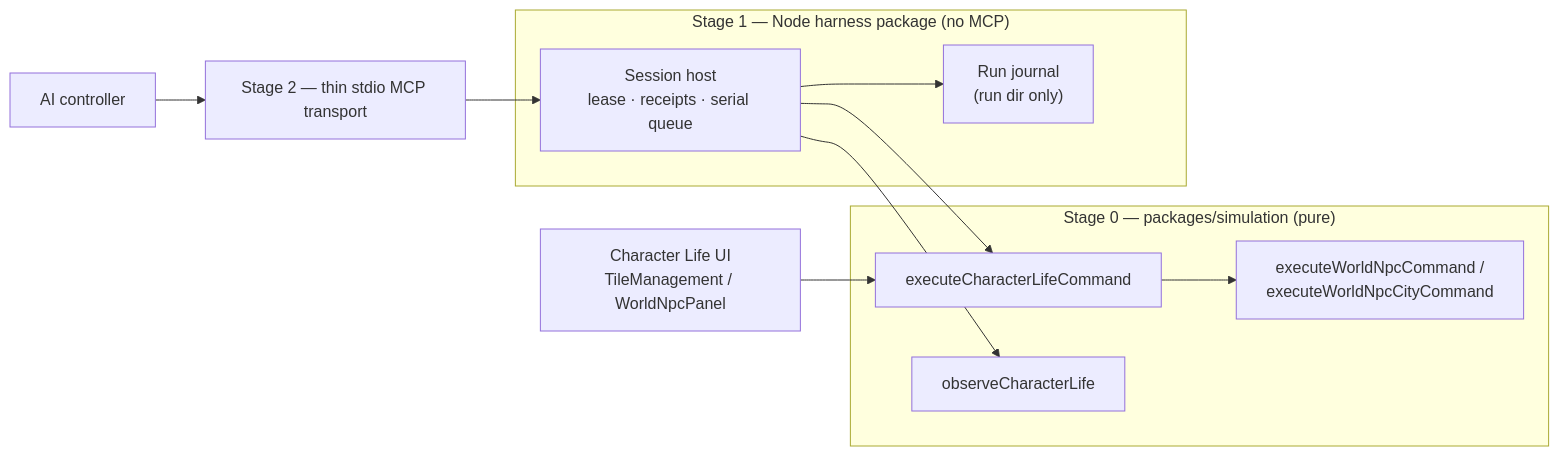
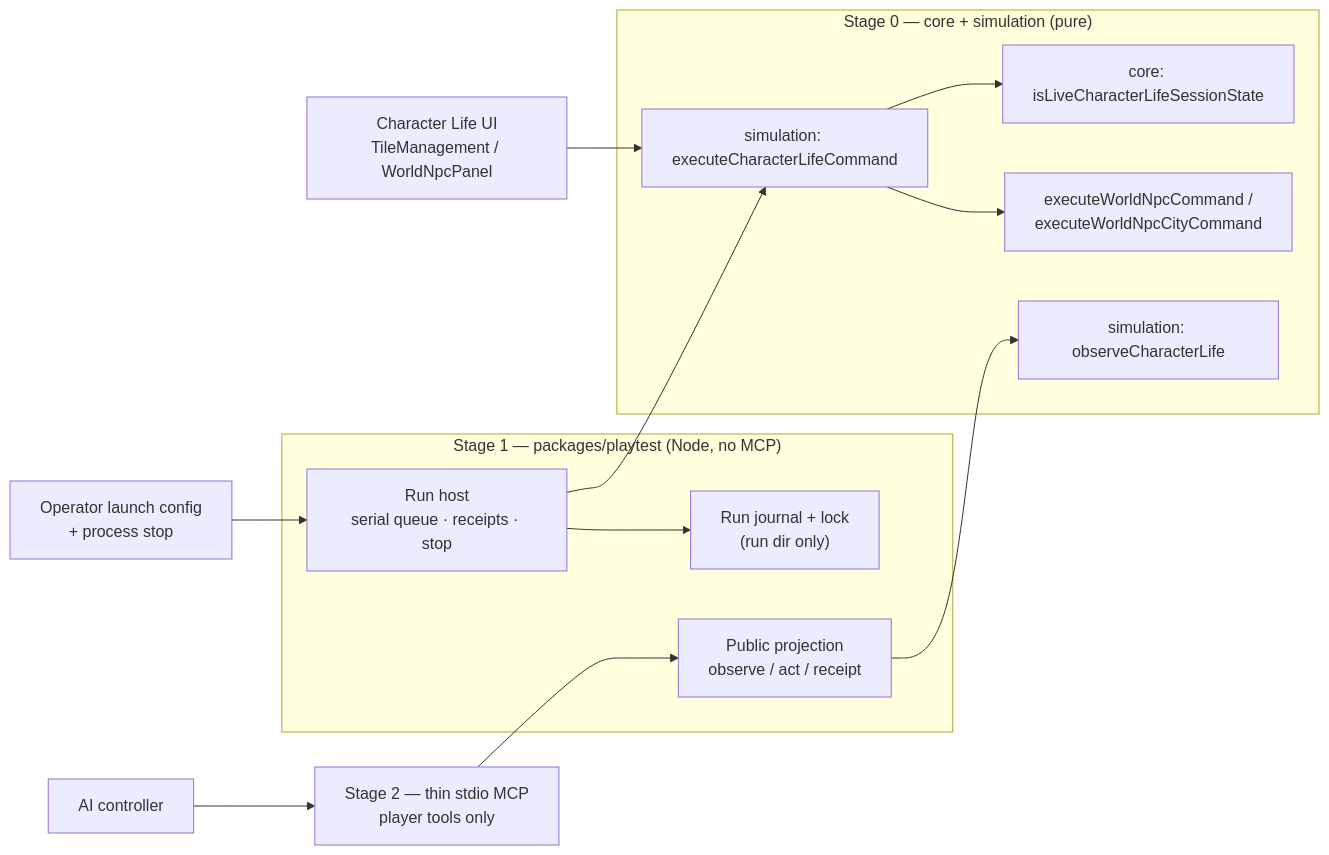
The diagram in docs/superpowers/specs/2026-10-26-solo-mcp-playtesting-design.md (tanntran2000/Build-Settlement), drawn with Mermaid before and after one commit. The commit also changed other lines of this file and 1 other file, not shown here.

First line of the commit message:
docs(research): revise Solo MCP playtesting design to v0.2 after reviews

````diff
--- a/docs/superpowers/specs/2026-10-26-solo-mcp-playtesting-design.md
+++ b/docs/superpowers/specs/2026-10-26-solo-mcp-playtesting-design.md
@@ -73,15 +81,19 @@
 ```mermaid
 flowchart LR
   UI["Character Life UI<br/>TileManagement / WorldNpcPanel"] --> CMD
-  subgraph S0["Stage 0 — packages/simulation (pure)"]
-    CMD["executeCharacterLifeCommand"] --> NPC["executeWorldNpcCommand /<br/>executeWorldNpcCityCommand"]
-    OBS["observeCharacterLife"]
+  subgraph S0["Stage 0 — core + simulation (pure)"]
+    VAL["core: isLiveCharacterLifeSessionState"]
+    CMD["simulation: executeCharacterLifeCommand"] --> NPC["executeWorldNpcCommand /<br/>executeWorldNpcCityCommand"]
+    CMD --> VAL
+    OBS["simulation: observeCharacterLife"]
   end
-  subgraph S1["Stage 1 — Node harness package (no MCP)"]
-    H["Session host<br/>lease · receipts · serial queue"] --> J["Run journal<br/>(run dir only)"]
+  subgraph S1["Stage 1 — packages/playtest (Node, no MCP)"]
+    H["Run host<br/>serial queue · receipts · stop"] --> J["Run journal + lock<br/>(run dir only)"]
+    PUB["Public projection<br/>observe / act / receipt"]
   end
   H --> CMD
-  H --> OBS
-  T["Stage 2 — thin stdio MCP transport"] --> H
+  PUB --> OBS
+  OP["Operator launch config<br/>+ process stop"] --> H
+  T["Stage 2 — thin stdio MCP<br/>player tools only"] --> PUB
   AI["AI controller"] --> T
 ```
````
